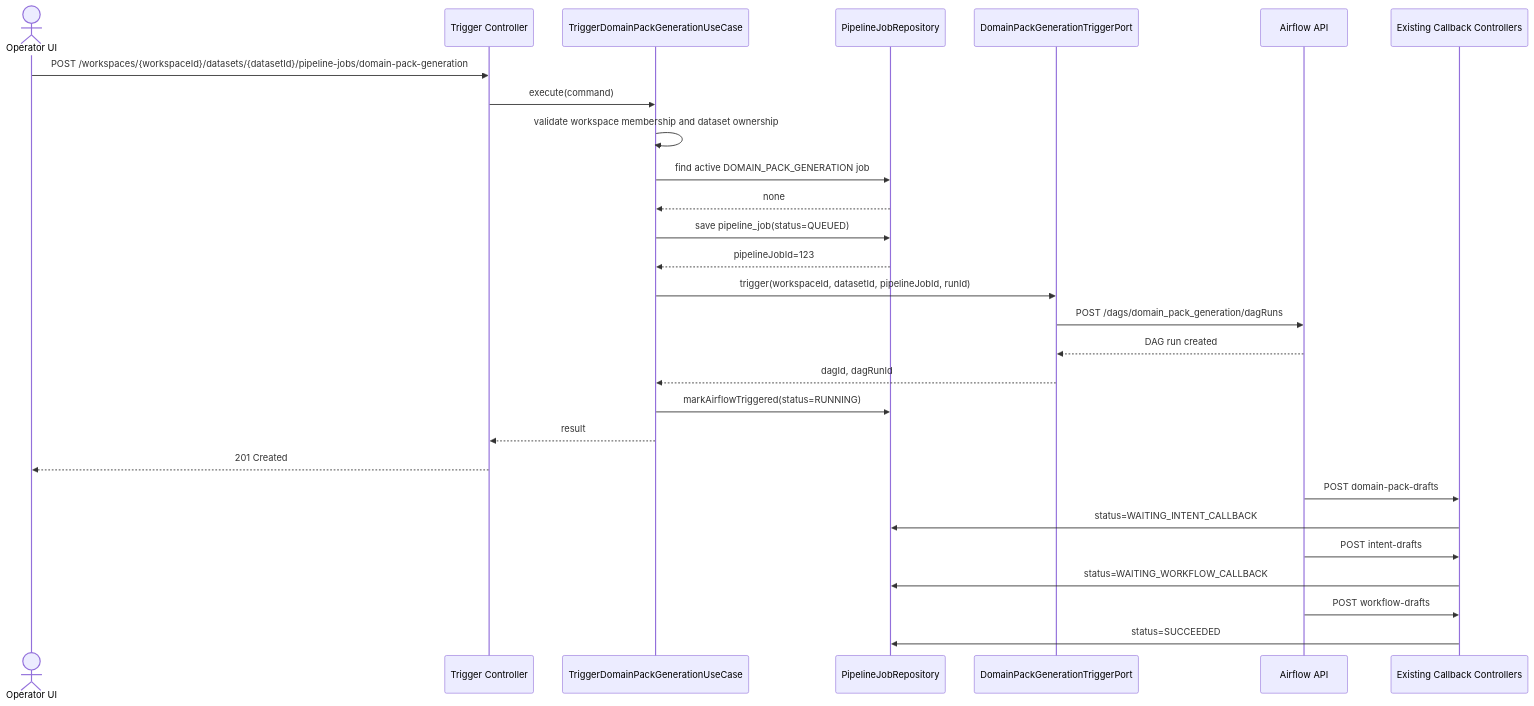
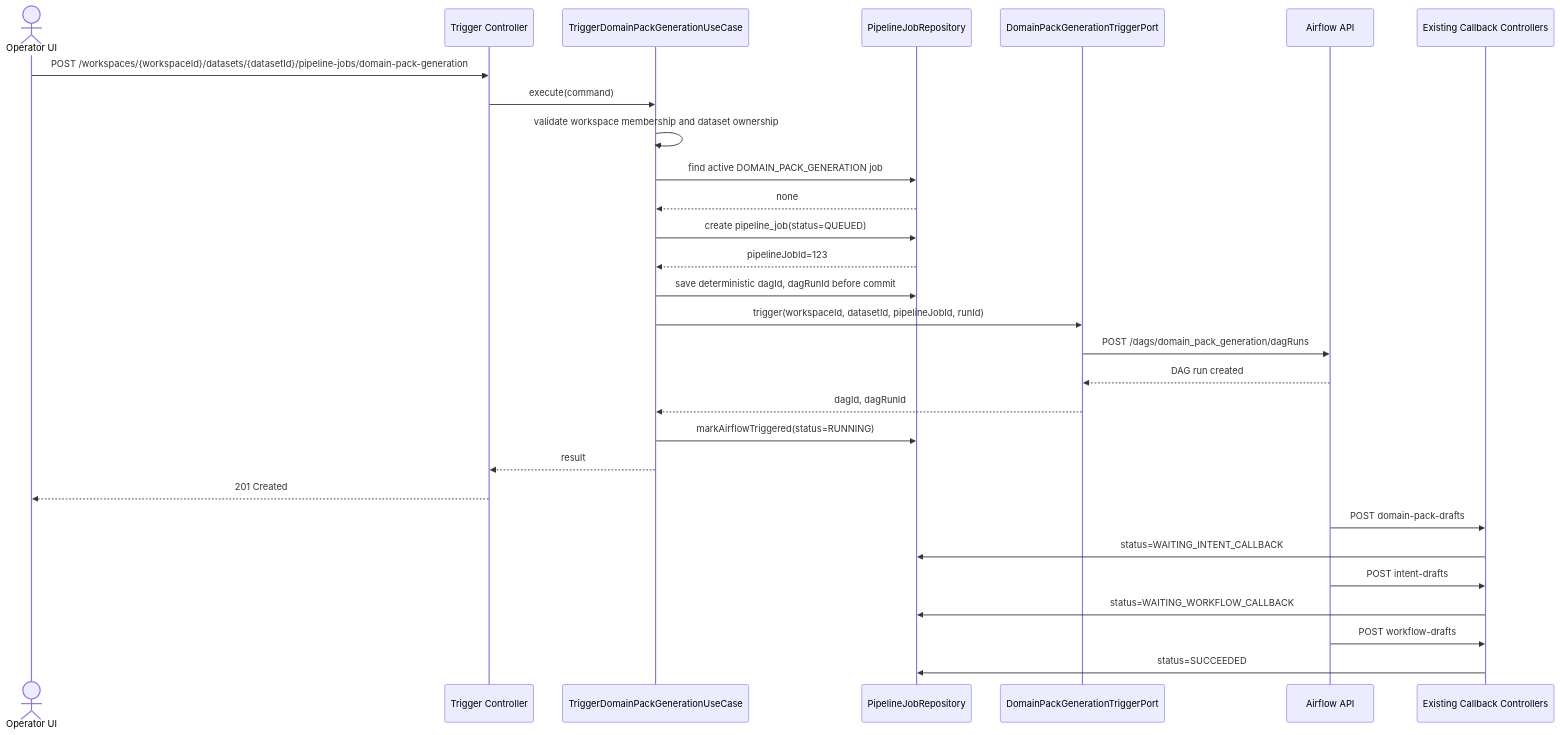
One commit to ajou-2026-1-capstone-5/ostone changed the second of 3 diagrams in .agent/specs/215.md. Above: the diagram before and after it, drawn with Mermaid. The commit also changed other lines of this file, not shown here.

````diff
--- a/.agent/specs/215.md
+++ b/.agent/specs/215.md
@@ -134,32 +134,33 @@
 ```mermaid
 sequenceDiagram
     actor ui as Operator UI
     participant ctrl as Trigger Controller
     participant uc as TriggerDomainPackGenerationUseCase
     participant repo as PipelineJobRepository
     participant port as DomainPackGenerationTriggerPort
     participant airflow as Airflow API
     participant cb as Existing Callback Controllers
 
     ui ->> ctrl: POST /workspaces/{workspaceId}/datasets/{datasetId}/pipeline-jobs/domain-pack-generation
     ctrl ->> uc: execute(command)
     uc ->> uc: validate workspace membership and dataset ownership
     uc ->> repo: find active DOMAIN_PACK_GENERATION job
     repo -->> uc: none
-    uc ->> repo: save pipeline_job(status=QUEUED)
+    uc ->> repo: create pipeline_job(status=QUEUED)
     repo -->> uc: pipelineJobId=123
+    uc ->> repo: save deterministic dagId, dagRunId before commit
     uc ->> port: trigger(workspaceId, datasetId, pipelineJobId, runId)
     port ->> airflow: POST /dags/domain_pack_generation/dagRuns
     airflow -->> port: DAG run created
     port -->> uc: dagId, dagRunId
     uc ->> repo: markAirflowTriggered(status=RUNNING)
     uc -->> ctrl: result
     ctrl -->> ui: 201 Created
 
     airflow ->> cb: POST domain-pack-drafts
     cb ->> repo: status=WAITING_INTENT_CALLBACK
     airflow ->> cb: POST intent-drafts
     cb ->> repo: status=WAITING_WORKFLOW_CALLBACK
     airflow ->> cb: POST workflow-drafts
     cb ->> repo: status=SUCCEEDED
 ```
````
